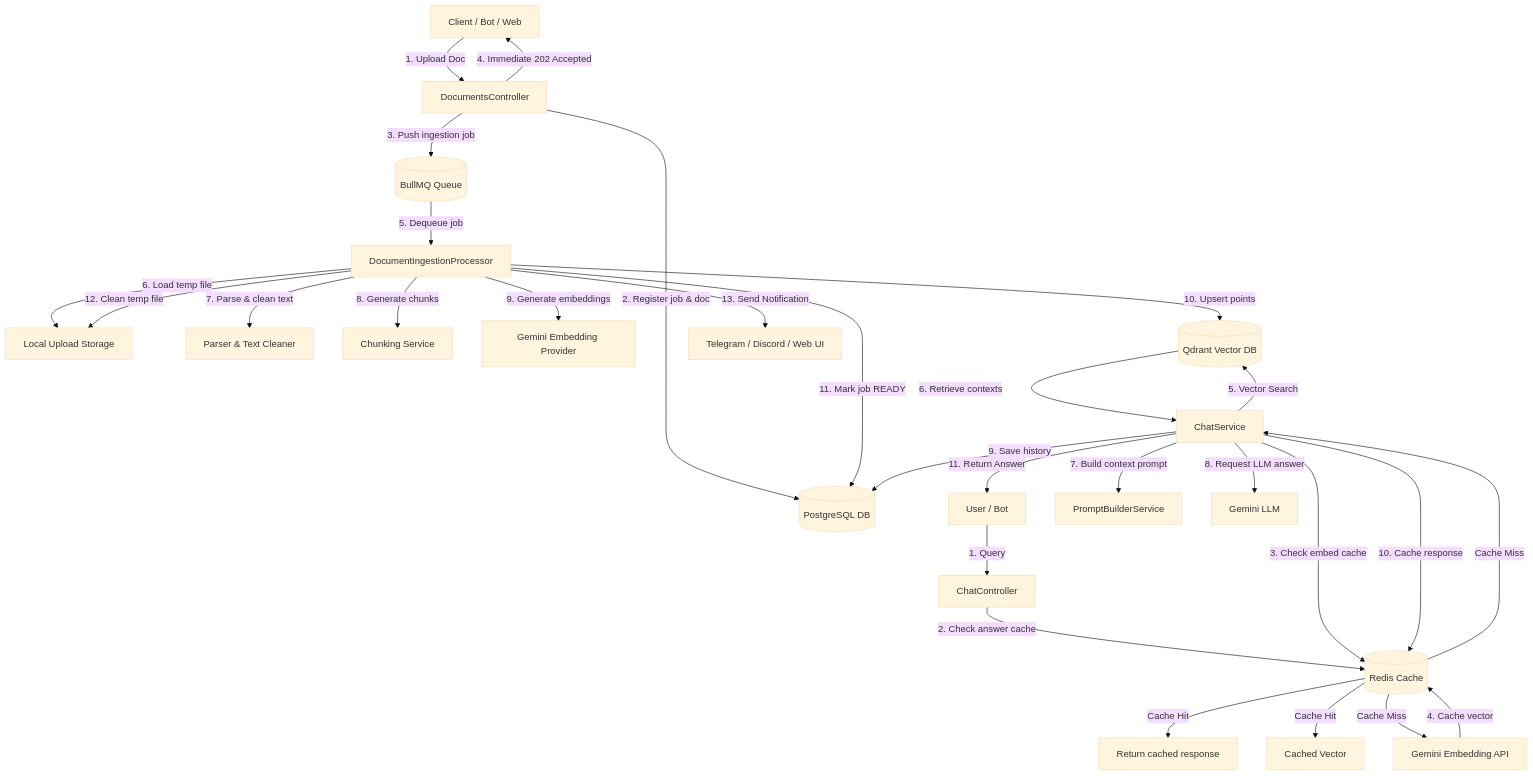
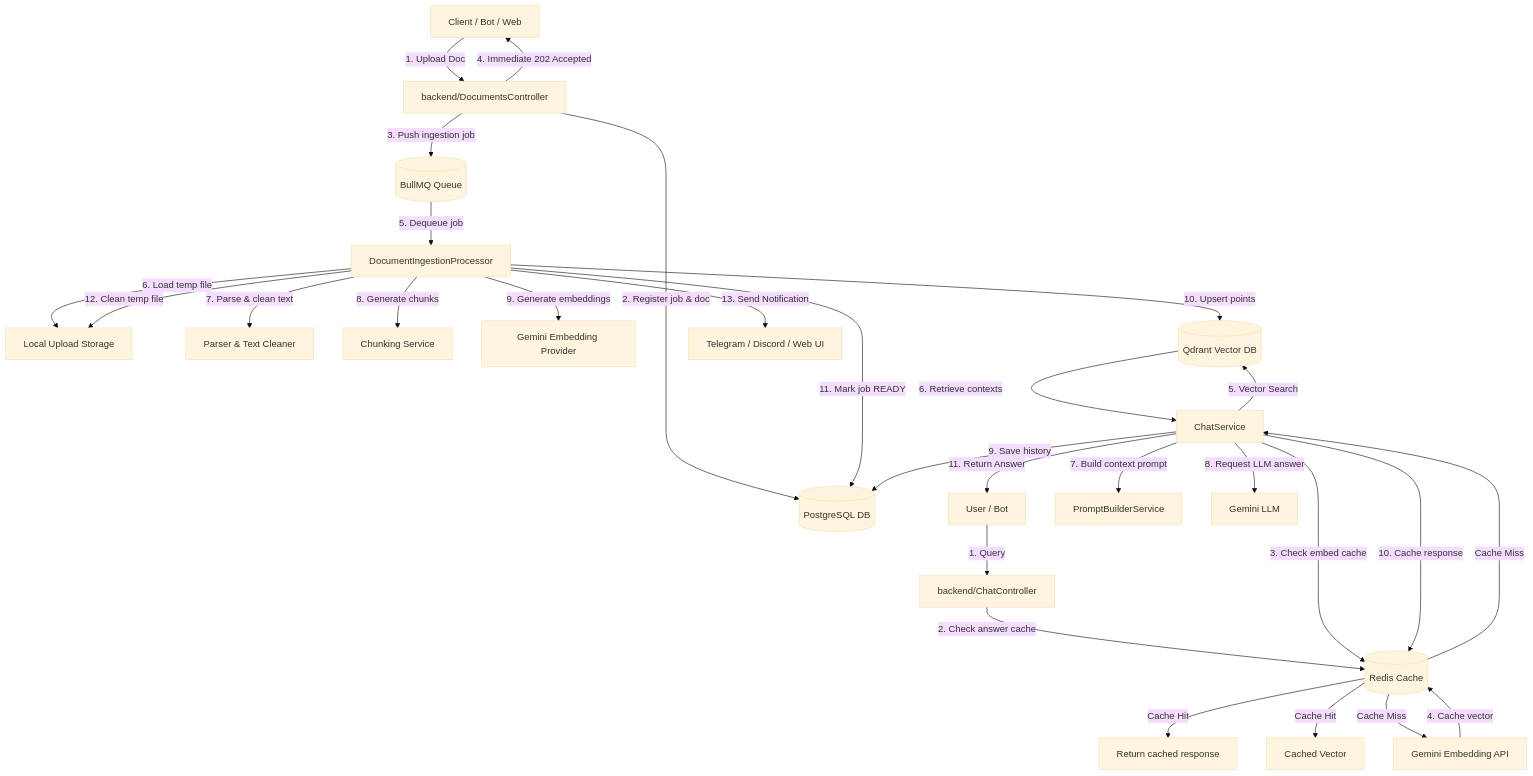
One commit to ShadyTiger008/universal-knowledge-base changed the diagram in README.md. Above: the diagram before and after it, drawn with Mermaid (base theme). The commit also changed other lines of this file and 2 other files, not shown here.

Commit message:
docs: restructure project into a monorepo with dedicated backend and frontend documentation

````diff
--- a/README.md
+++ b/README.md
@@ -97,37 +19,37 @@
 ```mermaid
 graph TD
     %% Write Path (Ingestion)
-    Client[Client / Bot / Web] -->|1. Upload Doc| API[DocumentsController]
+    Client[Client / Bot / Web] -->|1. Upload Doc| API[backend/DocumentsController]
     API -->|2. Register job & doc| DB[(PostgreSQL DB)]
     API -->|3. Push ingestion job| Queue[(BullMQ Queue)]
     API -->|4. Immediate 202 Accepted| Client
     
     Queue -->|5. Dequeue job| Worker[DocumentIngestionProcessor]
     Worker -->|6. Load temp file| FS[Local Upload Storage]
     Worker -->|7. Parse & clean text| CleanService[Parser & Text Cleaner]
     Worker -->|8. Generate chunks| ChunkService[Chunking Service]
     Worker -->|9. Generate embeddings| EmbedService[Gemini Embedding Provider]
     Worker -->|10. Upsert points| VectorDB[(Qdrant Vector DB)]
     Worker -->|11. Mark job READY| DB
     Worker -->|12. Clean temp file| FS
     Worker -->|13. Send Notification| Channels[Telegram / Discord / Web UI]
     
     %% Read Path (RAG Query)
-    Client2[User / Bot] -->|1. Query| ChatAPI[ChatController]
+    Client2[User / Bot] -->|1. Query| ChatAPI[backend/ChatController]
     ChatAPI -->|2. Check answer cache| Cache[(Redis Cache)]
     Cache -->|Cache Hit| ReturnCache[Return cached response]
     Cache -->|Cache Miss| ChatService[ChatService]
     
     ChatService -->|3. Check embed cache| Cache
     Cache -->|Cache Hit| Vector[Cached Vector]
     Cache -->|Cache Miss| GeminiEmbed[Gemini Embedding API]
     GeminiEmbed -->|4. Cache vector| Cache
     
     ChatService -->|5. Vector Search| VectorDB
     VectorDB -->|6. Retrieve contexts| ChatService
     ChatService -->|7. Build context prompt| PromptBuilder[PromptBuilderService]
     ChatService -->|8. Request LLM answer| GeminiLLM[Gemini LLM]
     ChatService -->|9. Save history| DB
     ChatService -->|10. Cache response| Cache
     ChatService -->|11. Return Answer| Client2
 ```
````
